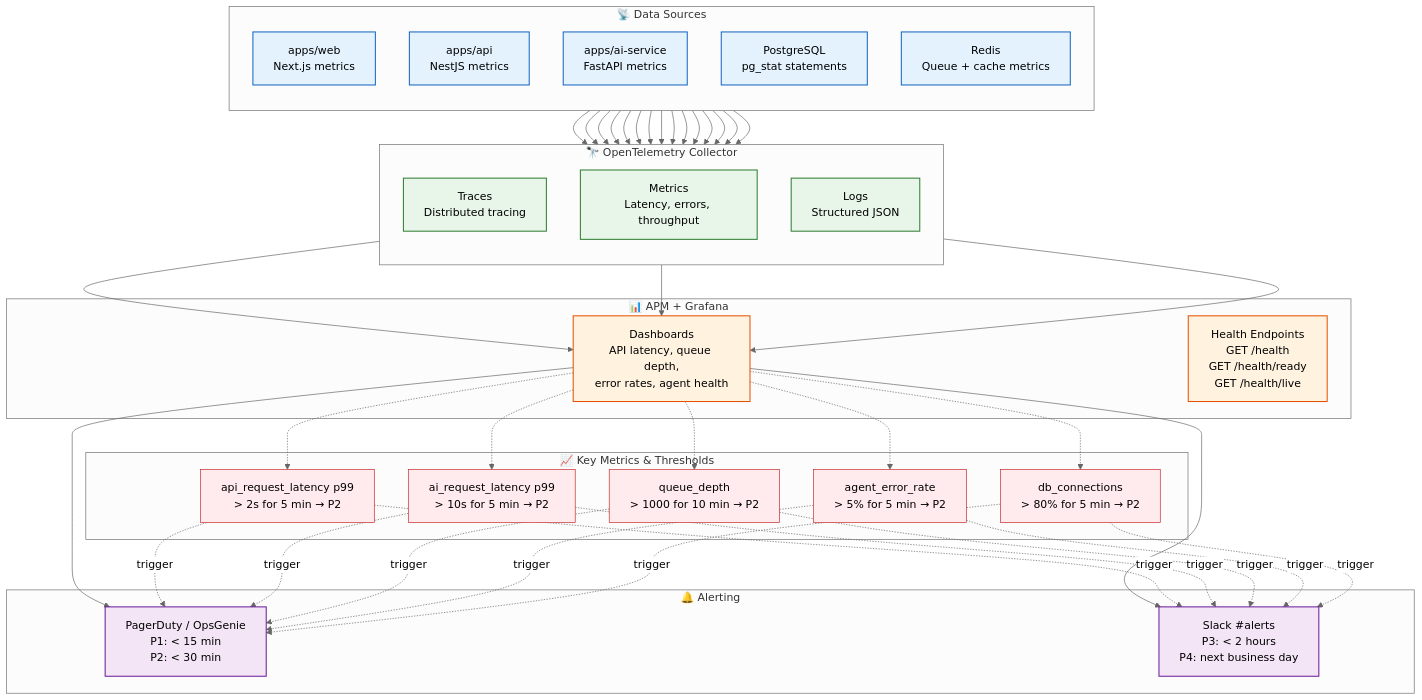
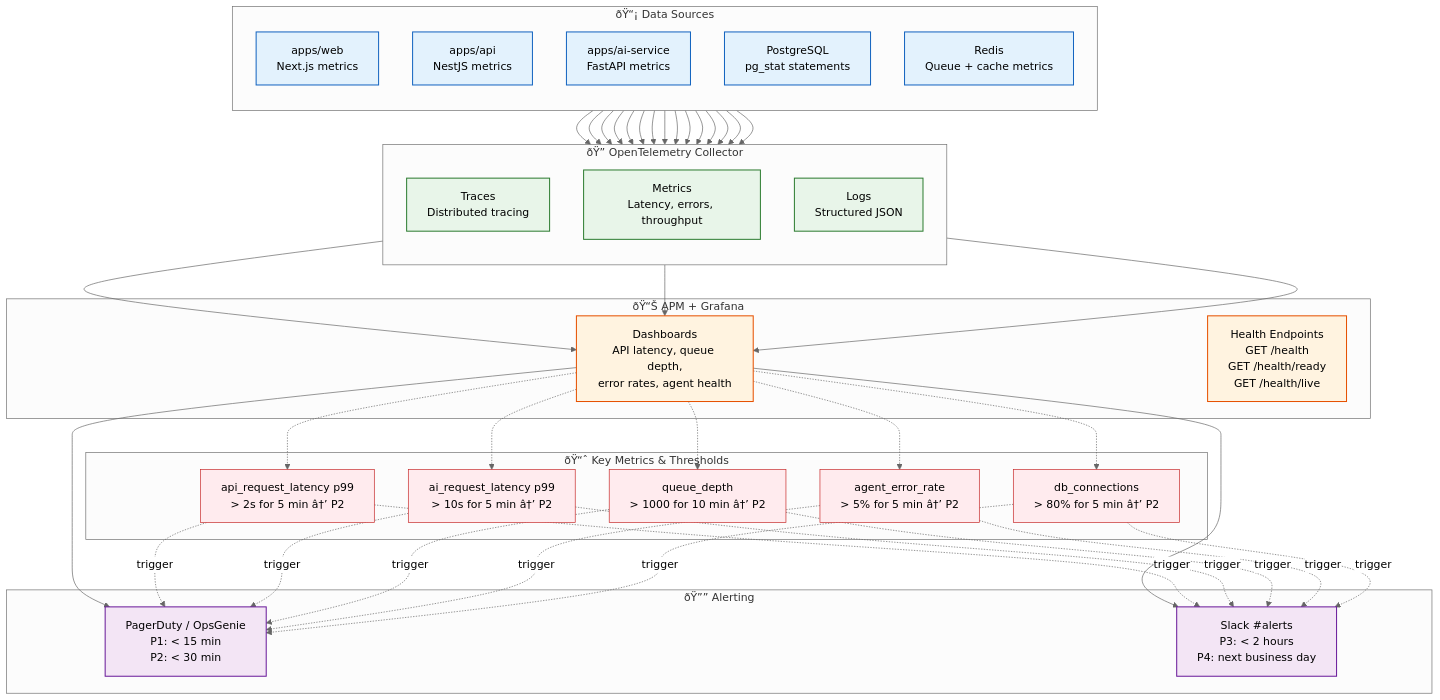
Before and after one commit to Driftloom/Vaeloom: the first of 2 diagrams in Docs/DevOps/Monitoring.md, drawn with Mermaid (neutral theme). The commit also changed other lines of this file and 249 other files, not shown here.

````diff
--- a/Docs/DevOps/Monitoring.md
+++ b/Docs/DevOps/Monitoring.md
@@ -8,55 +8,55 @@
 ```mermaid
 graph TD
     classDef sources fill:#e3f2fd,stroke:#1565c0,color:#000,stroke-width:1.5px
     classDef otel fill:#e8f5e9,stroke:#2e7d32,color:#000,stroke-width:1.5px
     classDef viz fill:#fff3e0,stroke:#e65100,color:#000,stroke-width:1.5px
     classDef alert fill:#f3e5f5,stroke:#6a1b9a,color:#000,stroke-width:1.5px
     classDef metric fill:#ffebee,stroke:#c62828,color:#000,stroke-width:1px
 
-    subgraph Sources["📡 Data Sources"]
+    subgraph Sources["ðŸ“¡ Data Sources"]
         direction TB
         S1["apps/web<br/>Next.js metrics"]
         S2["apps/api<br/>NestJS metrics"]
         S3["apps/ai-service<br/>FastAPI metrics"]
         S4["PostgreSQL<br/>pg_stat statements"]
         S5["Redis<br/>Queue + cache metrics"]
     end
 
-    subgraph Otel["🔭 OpenTelemetry Collector"]
+    subgraph Otel["ðŸ”­ OpenTelemetry Collector"]
         direction TB
         O1["Traces<br/>Distributed tracing"]
         O2["Metrics<br/>Latency, errors, throughput"]
         O3["Logs<br/>Structured JSON"]
     end
 
-    subgraph Visualization["📊 APM + Grafana"]
+    subgraph Visualization["ðŸ“Š APM + Grafana"]
         V1["Dashboards<br/>API latency, queue depth,\nerror rates, agent health"]
         V2["Health Endpoints<br/>GET /health<br/>GET /health/ready<br/>GET /health/live"]
     end
 
-    subgraph Alerts["🔔 Alerting"]
+    subgraph Alerts["ðŸ”” Alerting"]
         A1["PagerDuty / OpsGenie<br/>P1: < 15 min<br/>P2: < 30 min"]
         A2["Slack #alerts<br/>P3: < 2 hours<br/>P4: next business day"]
     end
 
-    subgraph KeyMetrics["📈 Key Metrics & Thresholds"]
-        K1["api_request_latency p99<br/>> 2s for 5 min → P2"]
-        K2["ai_request_latency p99<br/>> 10s for 5 min → P2"]
-        K3["queue_depth<br/>> 1000 for 10 min → P2"]
-        K4["agent_error_rate<br/>> 5% for 5 min → P2"]
-        K5["db_connections<br/>> 80% for 5 min → P2"]
+    subgraph KeyMetrics["ðŸ“ˆ Key Metrics & Thresholds"]
+        K1["api_request_latency p99<br/>> 2s for 5 min â†’ P2"]
+        K2["ai_request_latency p99<br/>> 10s for 5 min â†’ P2"]
+        K3["queue_depth<br/>> 1000 for 10 min â†’ P2"]
+        K4["agent_error_rate<br/>> 5% for 5 min â†’ P2"]
+        K5["db_connections<br/>> 80% for 5 min â†’ P2"]
     end
 
     S1 & S2 & S3 & S4 & S5 --> O1 & O2 & O3
     O1 & O2 & O3 --> V1
     V1 --> A1 & A2
     V1 -.-> K1 & K2 & K3 & K4 & K5
     K1 & K2 & K3 & K4 & K5 -.->|trigger| A1 & A2
 
     class S1,S2,S3,S4,S5 sources
     class O1,O2,O3 otel
     class V1,V2 viz
     class A1,A2 alert
     class K1,K2,K3,K4,K5 metric
 
 ```
````
